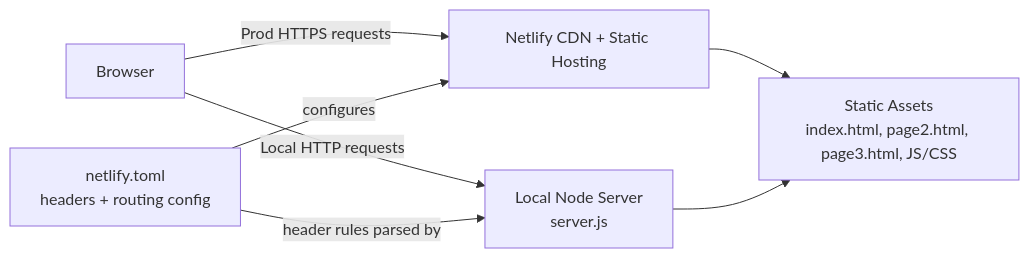
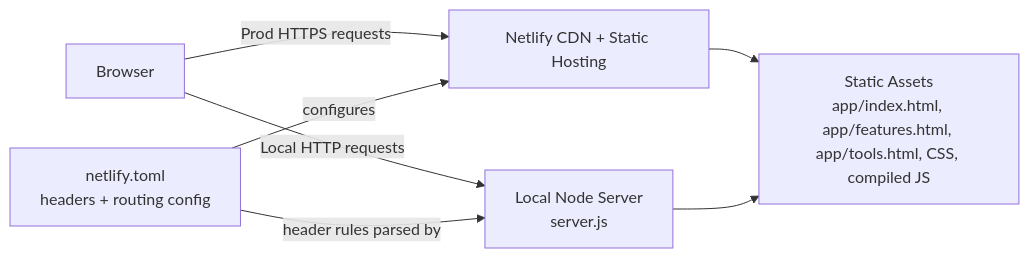
The second of 2 diagrams in docs/architecture/README.md (happydevs-studio/template-netlify), drawn with Mermaid before and after one commit. The commit also changed 29 other files, not shown here.

````diff
--- a/docs/architecture/README.md
+++ b/docs/architecture/README.md
@@ -29,16 +29,16 @@
 ```mermaid
 flowchart LR
     B[Browser]
     CDN[Netlify CDN + Static Hosting]
-    APP[Static Assets\nindex.html, page2.html, page3.html, JS/CSS]
+    APP[Static Assets\napp/index.html, app/features.html, app/tools.html, CSS, compiled JS]
     TOML[netlify.toml\nheaders + routing config]
     DEV[Local Node Server\nserver.js]
 
     B -->|Prod HTTPS requests| CDN
     CDN --> APP
     TOML -->|configures| CDN
 
     B -->|Local HTTP requests| DEV
     DEV --> APP
     TOML -->|header rules parsed by| DEV
 ```
````
